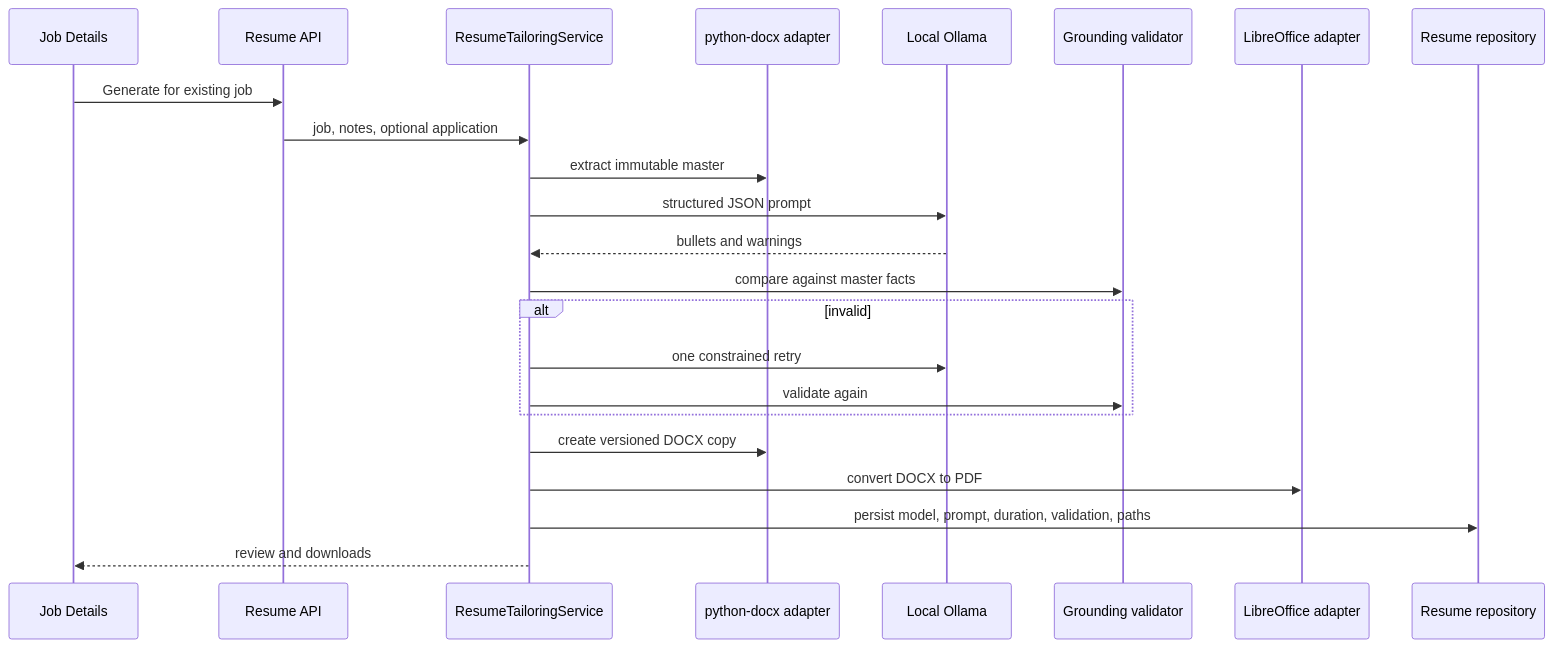
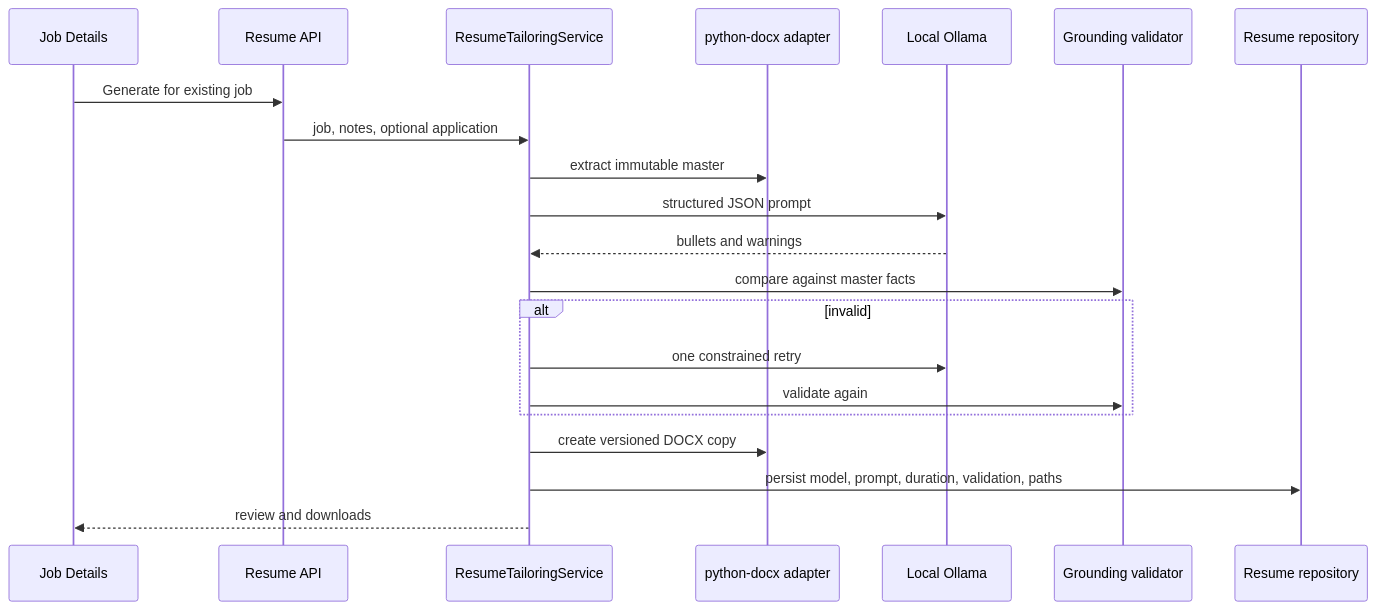
One commit to glasses-and-hat/careeros changed the fourth of 8 diagrams in docs/architecture.md. Above: the diagram before and after it, drawn with Mermaid. The commit also changed other lines of this file and 13 other files, not shown here.

````diff
--- a/docs/architecture.md
+++ b/docs/architecture.md
@@ -128,25 +128,23 @@
 ```mermaid
 sequenceDiagram
     participant UI as Job Details
     participant API as Resume API
     participant S as ResumeTailoringService
     participant D as python-docx adapter
     participant AI as Local Ollama
     participant V as Grounding validator
-    participant P as LibreOffice adapter
     participant R as Resume repository
     UI->>API: Generate for existing job
     API->>S: job, notes, optional application
     S->>D: extract immutable master
     S->>AI: structured JSON prompt
     AI-->>S: bullets and warnings
     S->>V: compare against master facts
     alt invalid
         S->>AI: one constrained retry
         S->>V: validate again
     end
     S->>D: create versioned DOCX copy
-    S->>P: convert DOCX to PDF
     S->>R: persist model, prompt, duration, validation, paths
     S-->>UI: review and downloads
 ```
````
